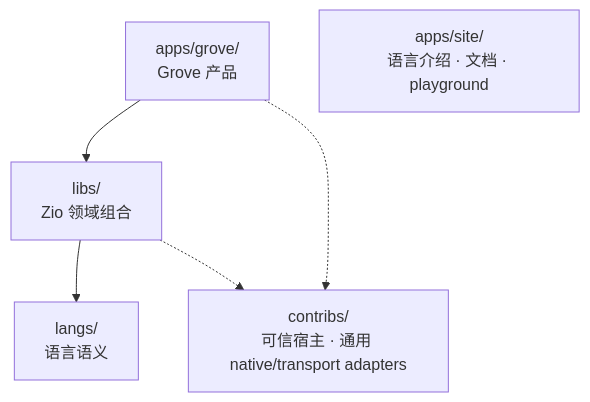
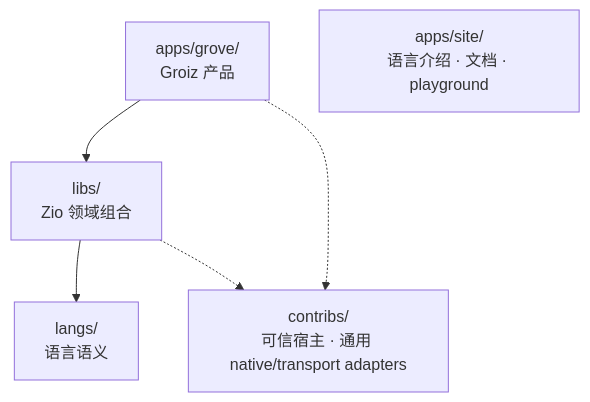
One commit to lszio/zio changed the diagram in docs/zio-architecture.md. Above: the diagram before and after it, drawn with Mermaid. The commit also changed other lines of this file and 29 other files, not shown here.

````diff
--- a/docs/zio-architecture.md
+++ b/docs/zio-architecture.md
@@ -29,11 +29,11 @@
 ```mermaid
 flowchart TD
-    grove["apps/grove/<br/>Grove 产品"]
+    grove["apps/grove/<br/>Groiz 产品"]
     libs["libs/<br/>Zio 领域组合"]
     langs["langs/<br/>语言语义"]
     contribs["contribs/<br/>可信宿主 · 通用 native/transport adapters"]
     site["apps/site/<br/>语言介绍 · 文档 · playground"]
     grove --> libs --> langs
     grove -.-> contribs
     libs -.-> contribs
 ```
````
